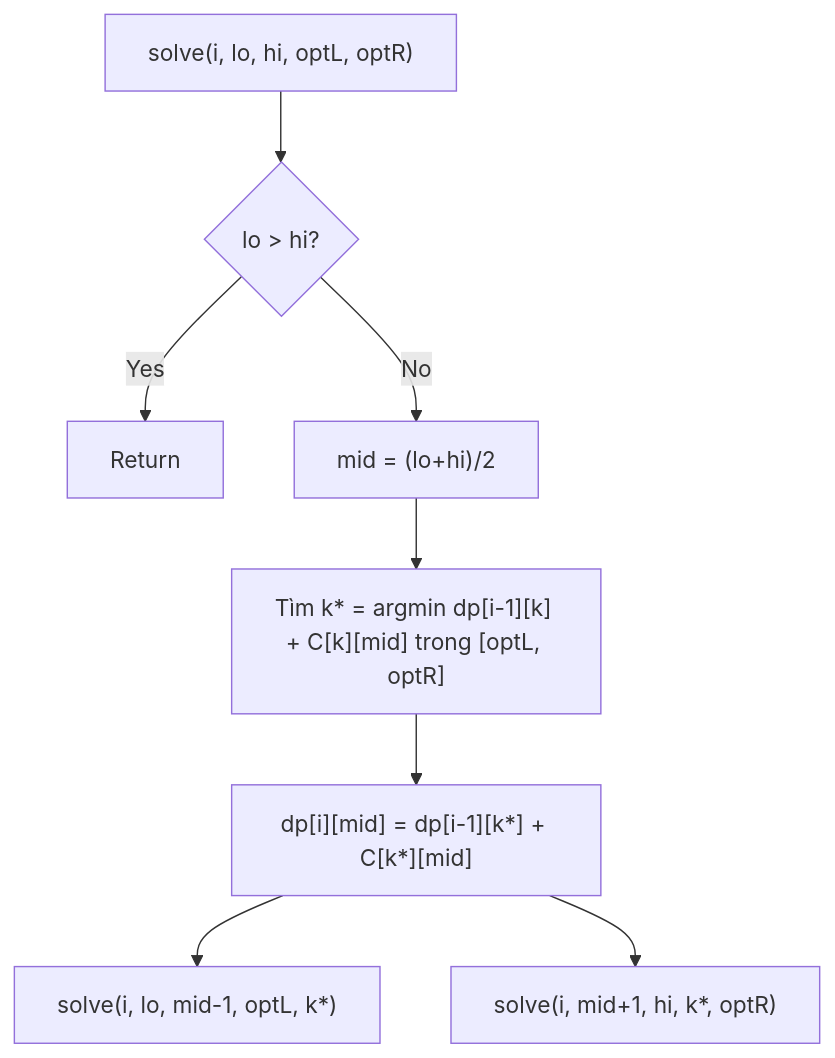
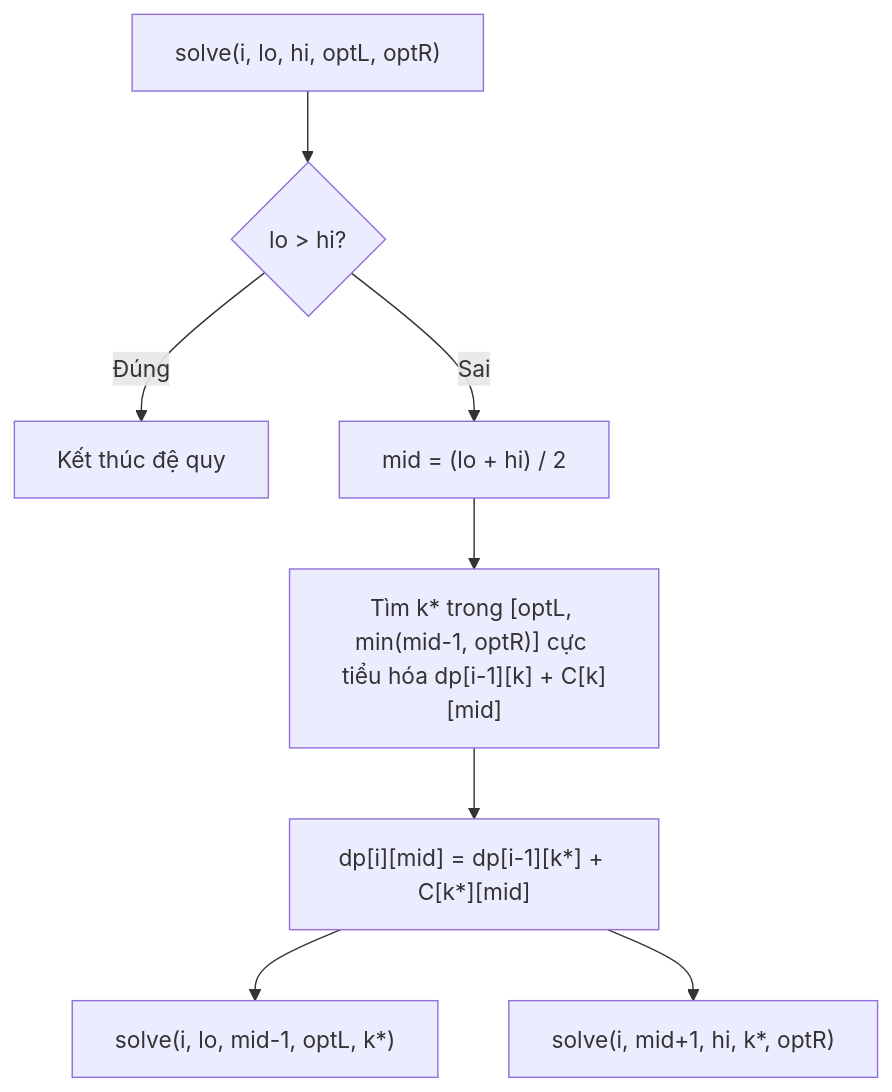
The second of 5 diagrams in docs/lessons/dp-optimization.md (FPTOJ-OJ/fptoj_wiki), drawn with Mermaid before and after one commit. The commit also changed other lines of this file and 377 other files, not shown here.

````diff
--- a/docs/lessons/dp-optimization.md
+++ b/docs/lessons/dp-optimization.md
@@ -209,10 +183,10 @@
 ```mermaid
 graph TD
     A["solve(i, lo, hi, optL, optR)"] --> B{lo > hi?}
-    B -->|"Yes"| C["Return"]
-    B -->|"No"| D["mid = (lo+hi)/2"]
-    D --> E["Tìm k* = argmin dp[i-1][k] + C[k][mid] trong [optL, optR]"]
+    B -->|"Đúng"| C["Kết thúc đệ quy"]
+    B -->|"Sai"| D["mid = (lo + hi) / 2"]
+    D --> E["Tìm k* trong [optL, min(mid-1, optR)] cực tiểu hóa dp[i-1][k] + C[k][mid]"]
     E --> F["dp[i][mid] = dp[i-1][k*] + C[k*][mid]"]
     F --> G["solve(i, lo, mid-1, optL, k*)"]
     F --> H["solve(i, mid+1, hi, k*, optR)"]
 ```
````
